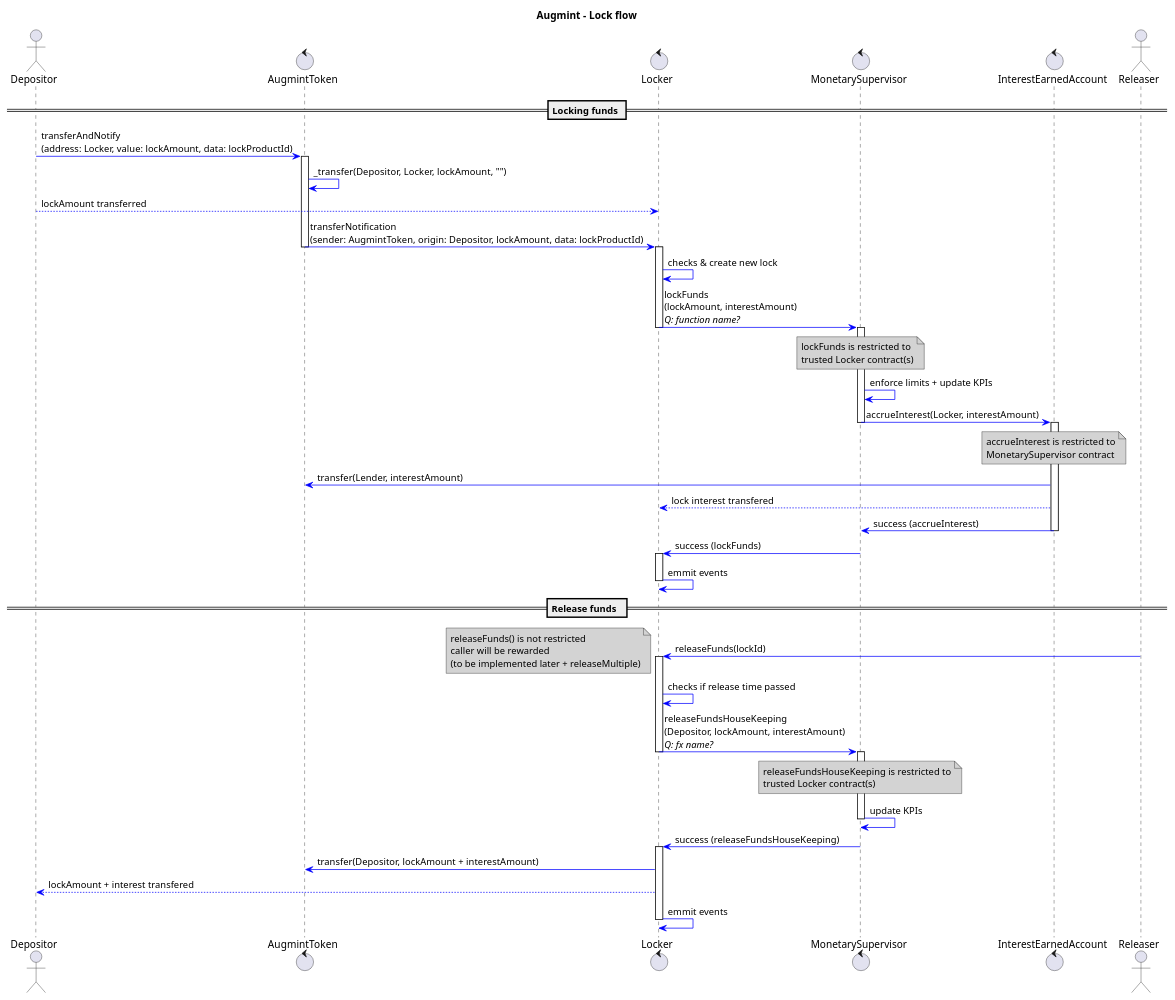
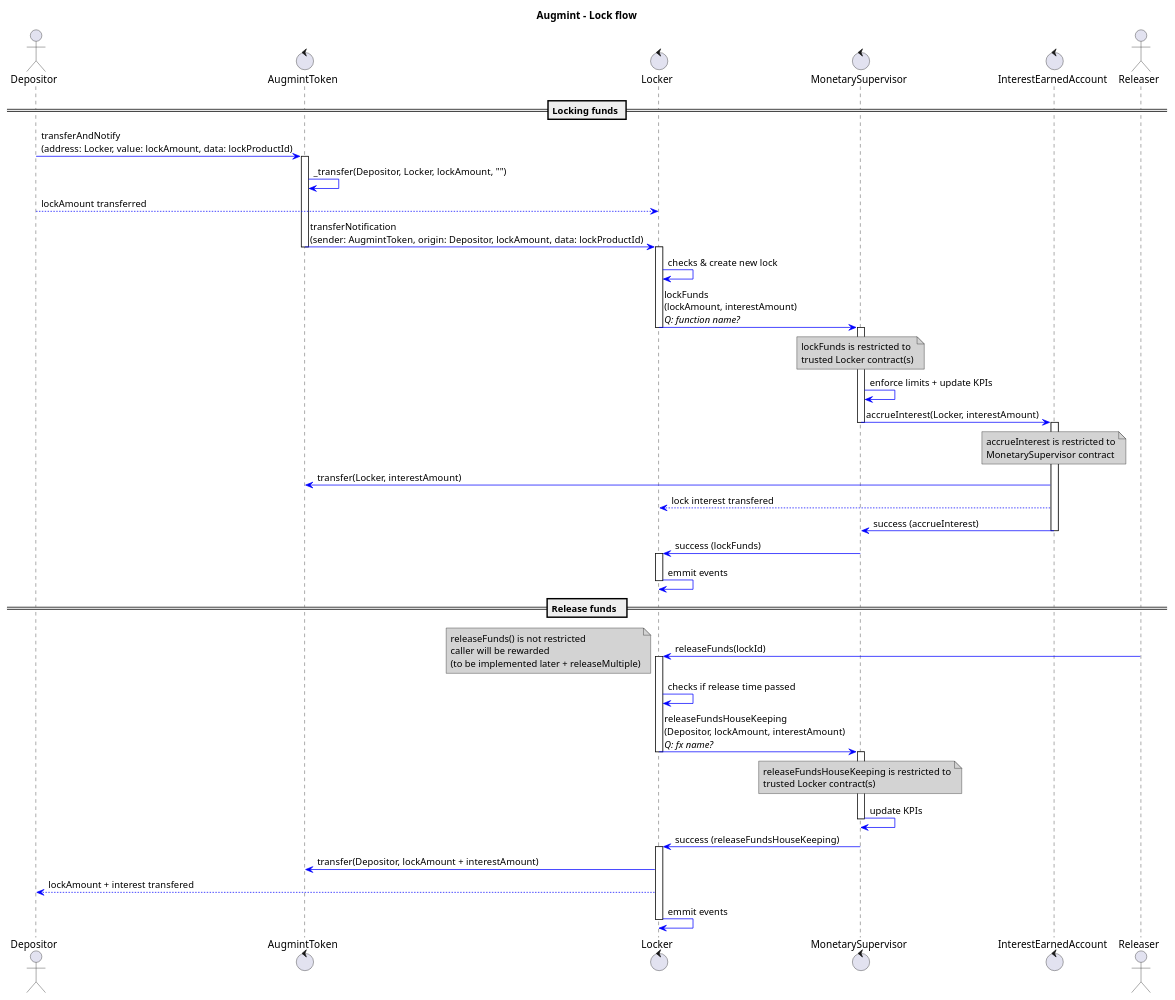
Before and after one commit to Augmint/augmint-contracts: the diagram in docs/lockFlow.plantuml, drawn with PlantUML. The commit also changed 1 other file, not shown here.

```diff
--- a/docs/lockFlow.plantuml
+++ b/docs/lockFlow.plantuml
@@ -1,80 +1,80 @@
 @startuml
 title **Augmint** - Lock flow
 skinparam ArrowColor #blue
 skinparam noteBackgroundColor #lightgrey
 
 actor Depositor
 control AugmintToken
 control Locker
 control MonetarySupervisor
 control InterestEarnedAccount
 actor Releaser
 
 == Locking funds ==
 Depositor -> AugmintToken : transferAndNotify\n(address: Locker, value: lockAmount, data: lockProductId)
 
 activate AugmintToken
     AugmintToken -> AugmintToken : _transfer(Depositor, Locker, lockAmount, "")
     Depositor --> Locker : lockAmount transferred
     AugmintToken -> Locker : transferNotification\n(sender: AugmintToken, origin: Depositor, lockAmount, data: lockProductId)
 deactivate AugmintToken
 
 activate Locker
     Locker -> Locker : checks & create new lock
     Locker -> MonetarySupervisor : lockFunds\n(lockAmount, interestAmount)\n//Q: function name?//
     note over MonetarySupervisor
         lockFunds is restricted to
         trusted Locker contract(s)
     end note
 deactivate Locker
 
 activate MonetarySupervisor
     MonetarySupervisor -> MonetarySupervisor : enforce limits + update KPIs
     MonetarySupervisor -> InterestEarnedAccount : accrueInterest(Locker, interestAmount)
 deactivate MonetarySupervisor
 
 activate InterestEarnedAccount
     note over InterestEarnedAccount
         accrueInterest is restricted to
         MonetarySupervisor contract
     end note
-    InterestEarnedAccount -> AugmintToken : transfer(Lender, interestAmount)
+    InterestEarnedAccount -> AugmintToken : transfer(Locker, interestAmount)
     InterestEarnedAccount --> Locker : lock interest transfered
     InterestEarnedAccount -> MonetarySupervisor : success (accrueInterest)
 deactivate InterestEarnedAccount
 
 MonetarySupervisor -> Locker : success (lockFunds)
 
 activate Locker
     Locker -> Locker : emmit events
 deactivate Locker
 
 == Release funds  ==
 Releaser -> Locker : releaseFunds(lockId)
 note left
     releaseFunds() is not restricted
     caller will be rewarded
     (to be implemented later + releaseMultiple)
 end note
 
 activate Locker
     Locker -> Locker : checks if release time passed
     Locker -> MonetarySupervisor : releaseFundsHouseKeeping\n(Depositor, lockAmount, interestAmount)\n//Q: fx name?//
 deactivate Locker
 
 activate MonetarySupervisor
     note over MonetarySupervisor
         releaseFundsHouseKeeping is restricted to
         trusted Locker contract(s)
     end note
     MonetarySupervisor -> MonetarySupervisor : update KPIs
 deactivate MonetarySupervisor
 
 MonetarySupervisor -> Locker : success (releaseFundsHouseKeeping)
 
 activate Locker
     Locker -> AugmintToken : transfer(Depositor, lockAmount + interestAmount)
     Locker --> Depositor : lockAmount + interest transfered
 Locker -> Locker : emmit events
 deactivate Locker
 @enduml
```
